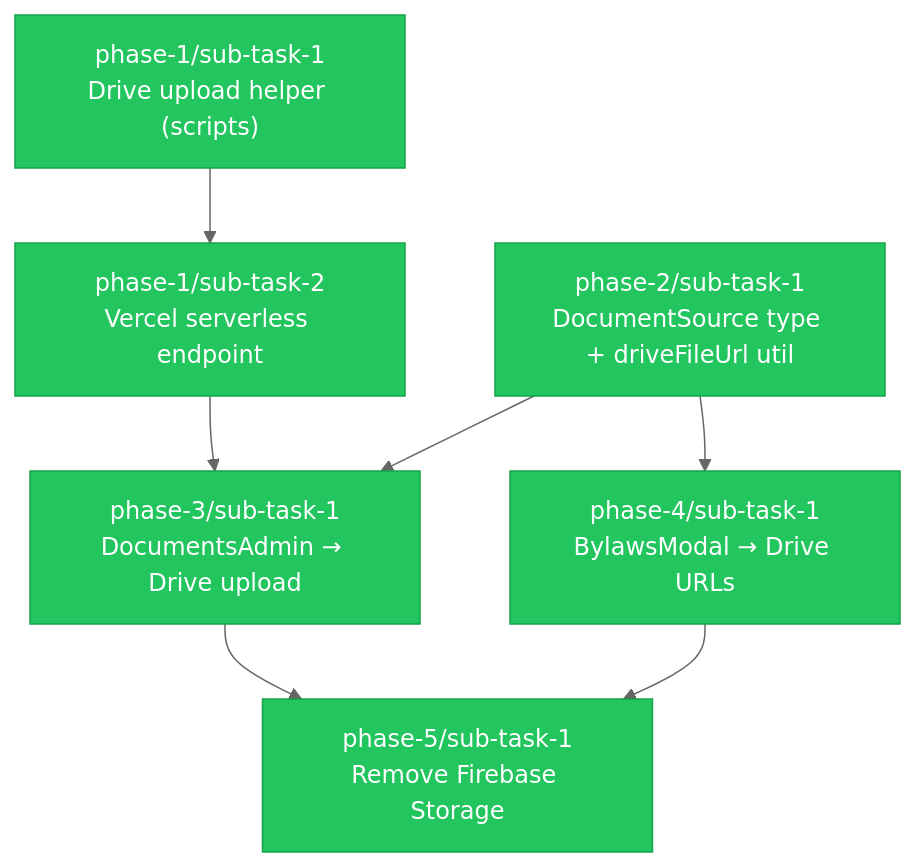
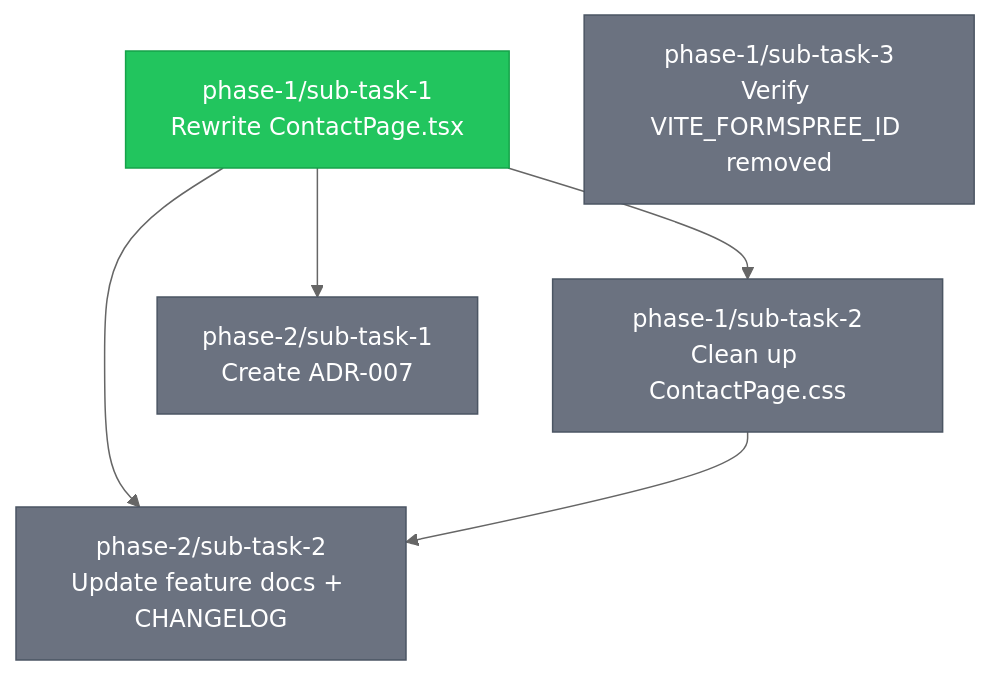
The diagram in .claude/tasks/TASKS.md (Bagwell-Oil-Imaging/late-night-happy-hour-league-site), drawn with Mermaid (neutral theme) before and after one commit. The commit also changed other lines of this file, not shown here.

Commit message:
docs(phase-1/task-1): update TASKS.md — mark sub-task-1 complete

````diff
--- a/.claude/tasks/TASKS.md
+++ b/.claude/tasks/TASKS.md
@@ -18,40 +14,29 @@
 ```mermaid
 graph TD
-    %% Phase 1: Infrastructure
-    P1T1["phase-1/sub-task-1<br/>Drive upload helper (scripts)"]
-    P1T2["phase-1/sub-task-2<br/>Vercel serverless endpoint"]
+    %% Phase 1: Code
+    P1T1["phase-1/sub-task-1<br/>Rewrite ContactPage.tsx"]
+    P1T2["phase-1/sub-task-2<br/>Clean up ContactPage.css"]
+    P1T3["phase-1/sub-task-3<br/>Verify VITE_FORMSPREE_ID removed"]
 
-    %% Phase 2: Types & Utilities
-    P2T1["phase-2/sub-task-1<br/>DocumentSource type + driveFileUrl util"]
-
-    %% Phase 3: Admin UI
-    P3T1["phase-3/sub-task-1<br/>DocumentsAdmin → Drive upload"]
-
-    %% Phase 4: Frontend
-    P4T1["phase-4/sub-task-1<br/>BylawsModal → Drive URLs"]
-
-    %% Phase 5: Cleanup
-    P5T1["phase-5/sub-task-1<br/>Remove Firebase Storage"]
+    %% Phase 2: Documentation
+    P2T1["phase-2/sub-task-1<br/>Create ADR-007"]
+    P2T2["phase-2/sub-task-2<br/>Update feature docs + CHANGELOG"]
 
     %% Dependencies
     P1T1 --> P1T2
-    P1T2 --> P3T1
-    P2T1 --> P3T1
-    P2T1 --> P4T1
-    P3T1 --> P5T1
-    P4T1 --> P5T1
+    P1T1 --> P2T1
+    P1T1 --> P2T2
+    P1T2 --> P2T2
 
     %% Status styling
     classDef completed fill:#22c55e,stroke:#16a34a,color:#fff
     classDef inprogress fill:#eab308,stroke:#ca8a04,color:#fff
     classDef pending fill:#6b7280,stroke:#4b5563,color:#fff
     classDef blocked fill:#ef4444,stroke:#dc2626,color:#fff
 
-    %% Apply status classes
     class P1T1 completed
-    class P1T2 completed
-    class P2T1 completed
-    class P3T1 completed
-    class P4T1 completed
-    class P5T1 completed
+    class P1T2 pending
+    class P1T3 pending
+    class P2T1 pending
+    class P2T2 pending
 ```
````
